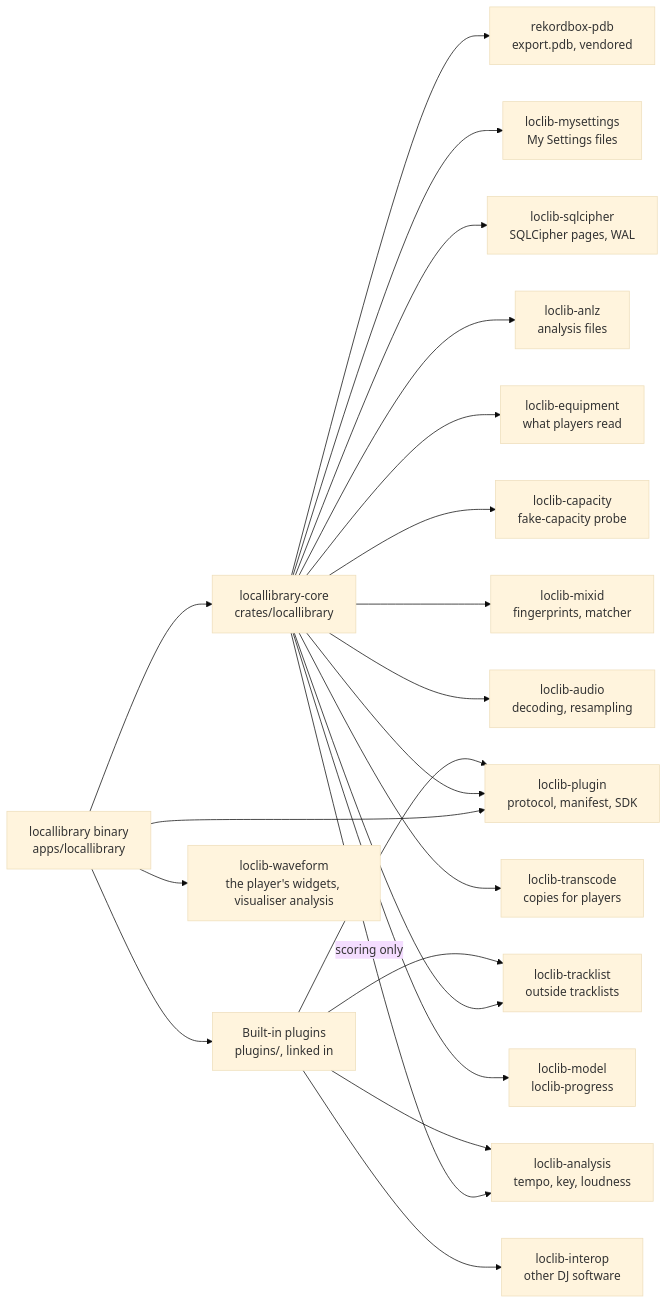
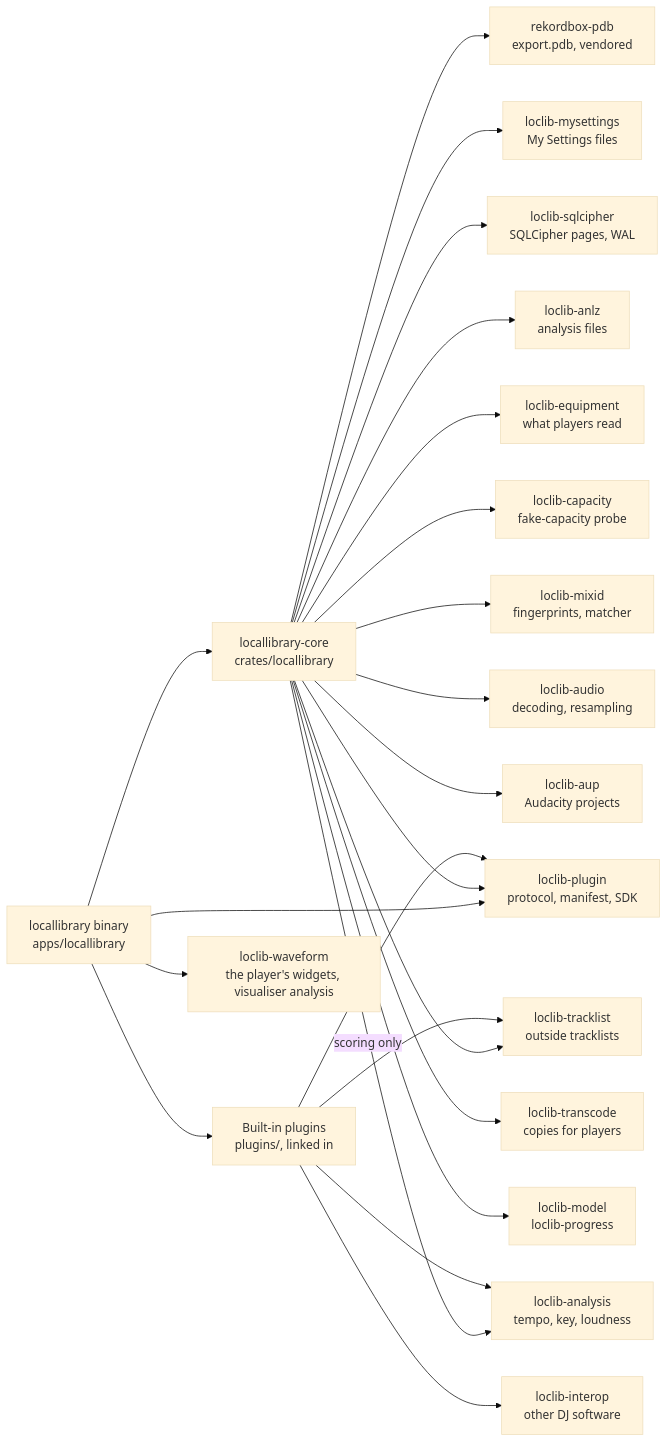
Before and after one commit to cutenode/localnetwork: the second of 11 diagrams in apps/locallibrary/README.md, drawn with Mermaid (base theme). The commit also changed other lines of this file and 24 other files, not shown here.

````diff
--- a/apps/locallibrary/README.md
+++ b/apps/locallibrary/README.md
@@ -287,24 +289,25 @@
 ```mermaid
 flowchart LR
     bin["locallibrary binary<br/>apps/locallibrary"] --> core["locallibrary-core<br/>crates/locallibrary"]
     bin --> plugins["Built-in plugins<br/>plugins/, linked in"]
     bin --> wave["loclib-waveform<br/>the player's widgets, visualiser analysis"]
     bin --> sdk["loclib-plugin<br/>protocol, manifest, SDK"]
     core --> sdk
     core --> pdb["rekordbox-pdb<br/>export.pdb, vendored"]
     core --> set["loclib-mysettings<br/>My Settings files"]
     core --> sqlc["loclib-sqlcipher<br/>SQLCipher pages, WAL"]
     core --> anlz["loclib-anlz<br/>analysis files"]
     core --> equip["loclib-equipment<br/>what players read"]
     core --> cap["loclib-capacity<br/>fake-capacity probe"]
     core --> track["loclib-tracklist<br/>outside tracklists"]
     core --> mixid["loclib-mixid<br/>fingerprints, matcher"]
     core --> audio["loclib-audio<br/>decoding, resampling"]
+    core --> aup["loclib-aup<br/>Audacity projects"]
     core -->|scoring only| sound["loclib-analysis<br/>tempo, key, loudness"]
     core --> trans["loclib-transcode<br/>copies for players"]
     core --> model["loclib-model<br/>loclib-progress"]
     plugins --> sdk
     plugins --> interop["loclib-interop<br/>other DJ software"]
     plugins --> sound
     plugins --> track
 ```
````
